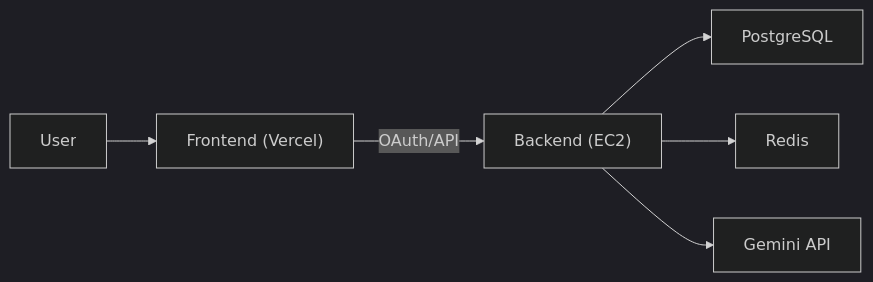
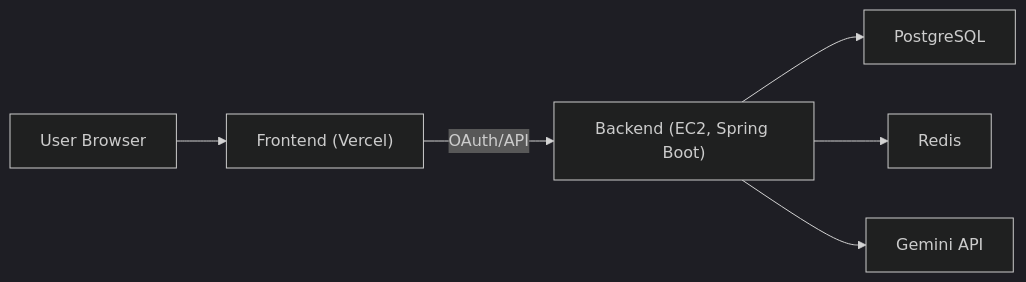
Before and after one commit to KHSBE/KHSBE-AIT: the diagram in README.md, drawn with Mermaid (dark theme). The commit also changed other lines of this file and 2 other files, not shown here.

````diff
--- a/README.md
+++ b/README.md
@@ -26,8 +38,8 @@
 ```mermaid
 flowchart LR
-    U["User"] --> F["Frontend (Vercel)"]
-    F -->|OAuth/API| B["Backend (EC2)"]
+    U["User Browser"] --> F["Frontend (Vercel)"]
+    F -->|OAuth/API| B["Backend (EC2, Spring Boot)"]
     B --> DB["PostgreSQL"]
     B --> R["Redis"]
-    B --> G["Gemini API"]
+    B --> AI["Gemini API"]
 ```
````
